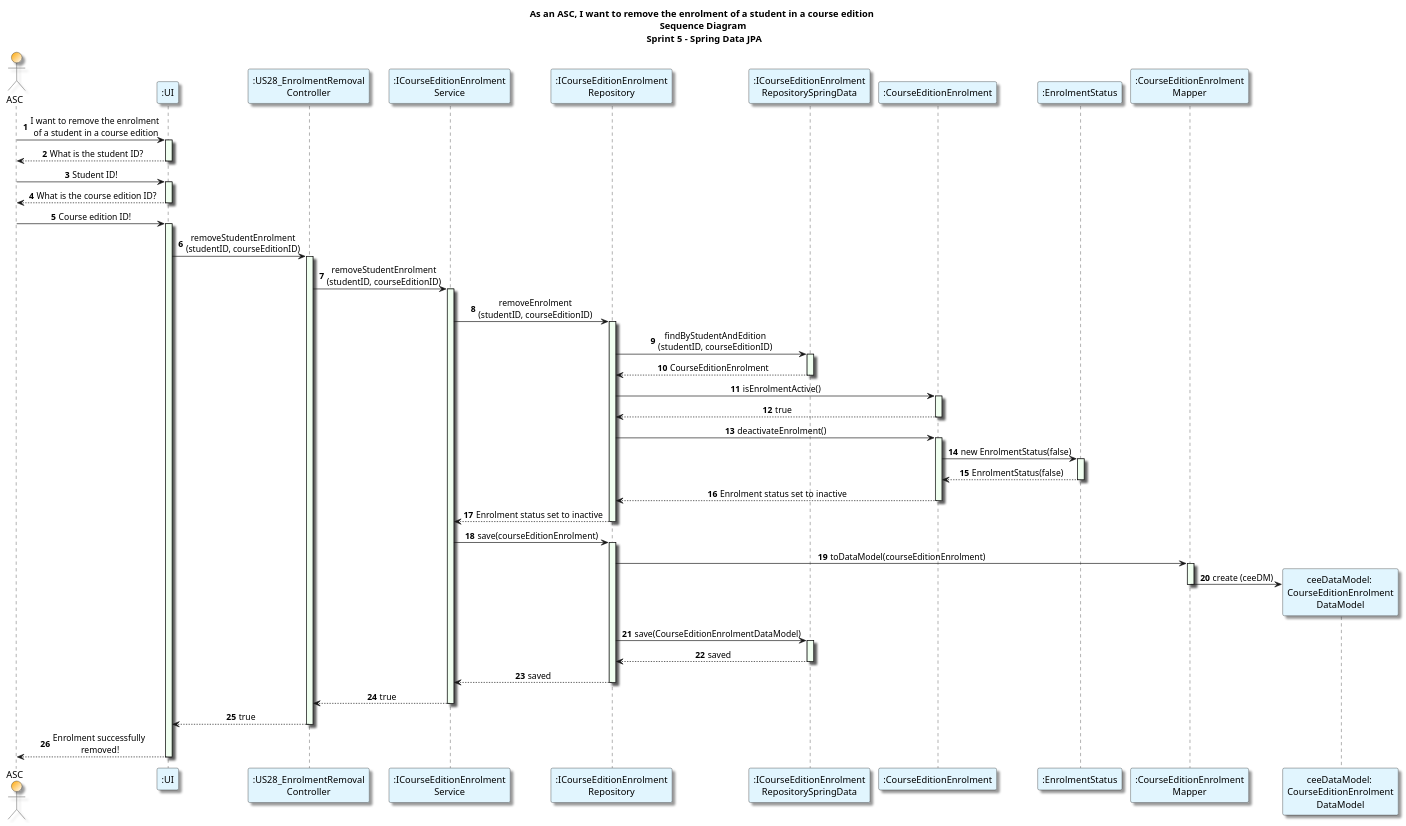
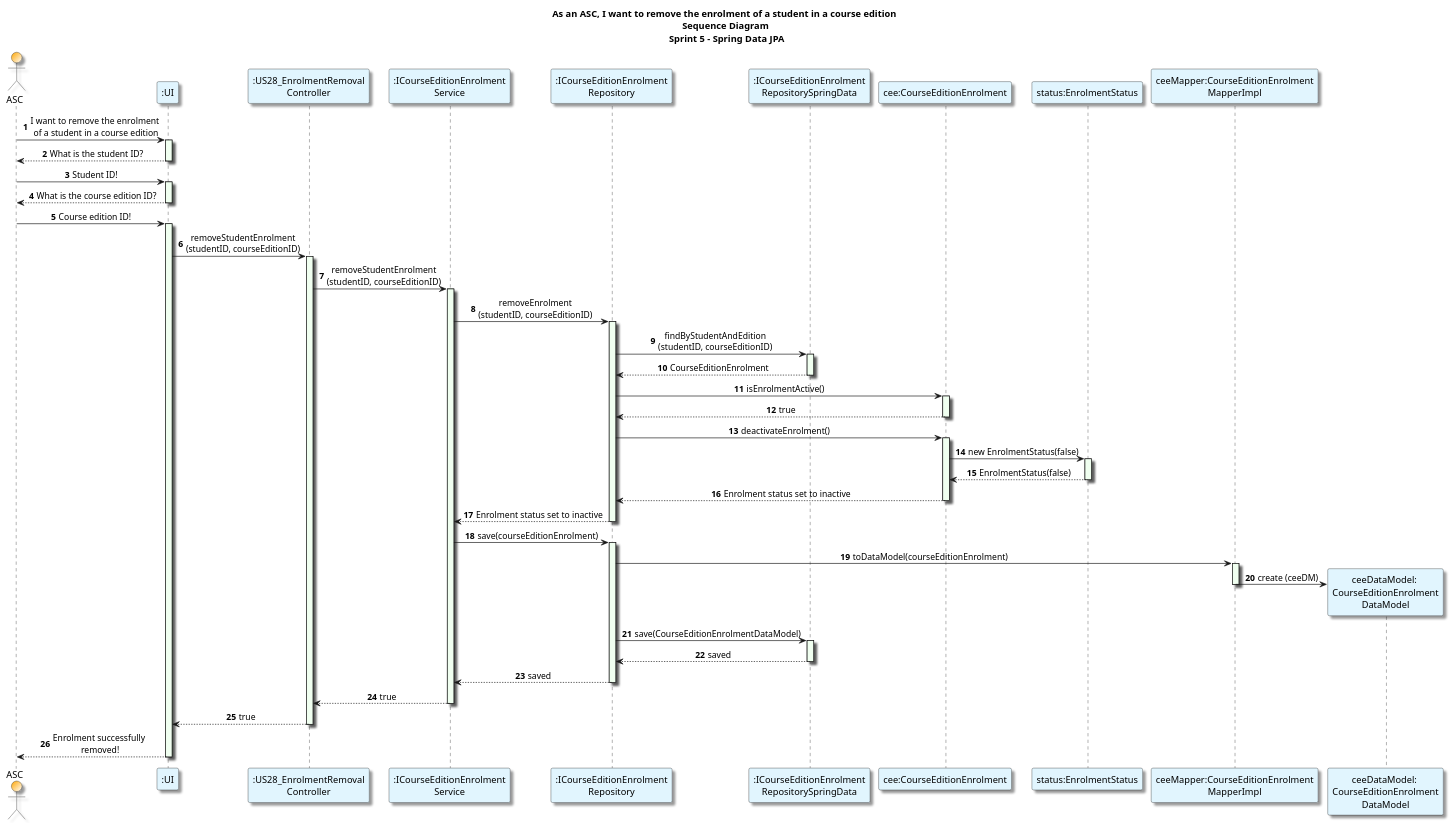
The diagram in docs/US28/Sprint5_SprintDataJPA/US28_JPA_EnrolmentRemoval_SequenceDiagram.puml (GasparISEP/DevOps-PAI), drawn with PlantUML before and after one commit.

Commit message:
Refs #320, #359: Update Enrolment Removal JPA Sequence Diagram – Use instance-style object names for clarity and rename implementations with 'Impl' suffix

```diff
--- a/docs/US28/Sprint5_SprintDataJPA/US28_JPA_EnrolmentRemoval_SequenceDiagram.puml
+++ b/docs/US28/Sprint5_SprintDataJPA/US28_JPA_EnrolmentRemoval_SequenceDiagram.puml
@@ -1,89 +1,89 @@
 @startuml
 
 title As an ASC, I want to remove the enrolment of a student in a course edition \n Sequence Diagram \n Sprint 5 - Spring Data JPA
 autonumber
 skinparam {
   ActivityPadding 2
   ActivityMargin 2
   BoxPadding 2
 }
 skinparam defaultTextAlignment center
 skinparam shadowing true
 
 actor ASC #Orange/White
 participant ":UI" as UI #E1F5FE
 participant ":US28_EnrolmentRemoval\nController" as Controller #E1F5FE
 participant ":ICourseEditionEnrolment\nService" as Service #E1F5FE
 participant ":ICourseEditionEnrolment\nRepository" as Repository #E1F5FE
 participant ":ICourseEditionEnrolment\nRepositorySpringData" as SpringDataRepo #E1F5FE
-participant ":CourseEditionEnrolment" as Enrolment #E1F5FE
-participant ":EnrolmentStatus" as Status #E1F5FE
-participant ":CourseEditionEnrolment\nMapper" as Mapper #E1F5FE
+participant "cee:CourseEditionEnrolment" as Enrolment #E1F5FE
+participant "status:EnrolmentStatus" as Status #E1F5FE
+participant "ceeMapper:CourseEditionEnrolment\nMapperImpl" as Mapper #E1F5FE
 
 ' Step 1: ASC triggers removal
 ASC -> UI : I want to remove the enrolment\n of a student in a course edition
 activate UI #HoneyDew
 UI --> ASC : What is the student ID?
 deactivate UI
 ASC -> UI : Student ID!
 activate UI #HoneyDew
 UI --> ASC : What is the course edition ID?
 deactivate UI
 ASC -> UI : Course edition ID!
 activate UI #HoneyDew
 UI -> Controller: removeStudentEnrolment\n(studentID, courseEditionID)
 activate Controller #HoneyDew
 
 ' Step 2: Delegate to service
 Controller -> Service: removeStudentEnrolment\n(studentID, courseEditionID)
 activate Service #HoneyDew
 
 ' Step 3: Check if enrolment exists
 Service -> Repository: removeEnrolment\n(studentID, courseEditionID)
 activate Repository #HoneyDew
 Repository -> SpringDataRepo: findByStudentAndEdition\n(studentID, courseEditionID)
 activate SpringDataRepo #HoneyDew
 SpringDataRepo --> Repository: CourseEditionEnrolment
 deactivate SpringDataRepo
 
 ' Step 4: Deactivate Enrolment
 Repository -> Enrolment : isEnrolmentActive()
 activate Enrolment #HoneyDew
 Enrolment --> Repository : true
 deactivate Enrolment
 Repository -> Enrolment : deactivateEnrolment()
 activate Enrolment #HoneyDew
 Enrolment -> Status : new EnrolmentStatus(false)
 activate Status #HoneyDew
 Status --> Enrolment : EnrolmentStatus(false)
 deactivate Status
 Enrolment --> Repository : Enrolment status set to inactive
 deactivate Enrolment
 Repository --> Service : Enrolment status set to inactive
 deactivate Repository
 
 ' Step 5: Persist updated enrolment
 Service -> Repository: save(courseEditionEnrolment)
 activate Repository #HoneyDew
 Repository -> Mapper: toDataModel(courseEditionEnrolment)
 activate Mapper #HoneyDew
 create "ceeDataModel: \nCourseEditionEnrolment\nDataModel" as DataModel #E1F5FE
 Mapper -> DataModel :create (ceeDM)
 deactivate Mapper
 Repository -> SpringDataRepo: save(CourseEditionEnrolmentDataModel)
 activate SpringDataRepo #HoneyDew
 SpringDataRepo --> Repository: saved
 deactivate SpringDataRepo
 Repository --> Service: saved
 deactivate Repository
 
 ' Step 6: Response flow back
 Service --> Controller: true
 deactivate Service
 Controller --> UI: true
 deactivate Controller
 UI --> ASC: Enrolment successfully\n removed!
 deactivate UI
 
 
 @enduml
```
